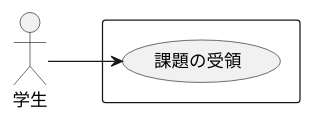
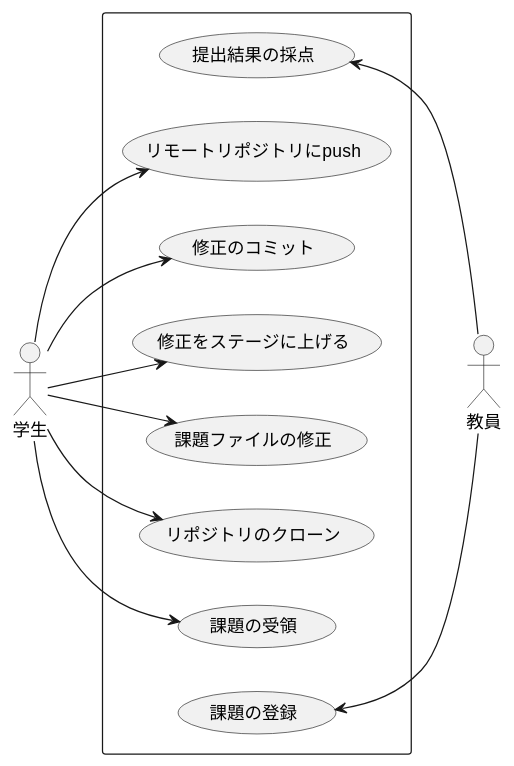
One commit to DCS-1-301-02-2025/cl-graph-minohara changed the third of 3 diagrams in exercise.md. Above: the diagram before and after it, drawn with PlantUML. The commit also changed other lines of this file, not shown here.

````diff
--- a/exercise.md
+++ b/exercise.md
@@ -39,10 +66,25 @@
 ```plantUML
 @startuml ex03
 left to right direction
+actor 教員 as faculty
 actor 学生 as student
 rectangle {
+    usecase "提出結果の採点" as uc8
+    usecase "リモートリポジトリにpush" as uc7
+    usecase "修正のコミット" as uc6
+    usecase "修正をステージに上げる" as uc5
+    usecase "課題ファイルの修正" as uc4
+    usecase "リポジトリのクローン" as uc3
     usecase "課題の受領" as uc2
+    usecase "課題の登録" as uc1
 }
+uc1 <-- faculty
 student --> uc2
+student --> uc3
+student --> uc4
+student --> uc5
+student --> uc6
+student --> uc7
+uc8 <-- faculty
 @enduml
 ```
````
